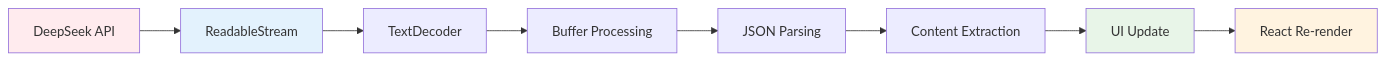
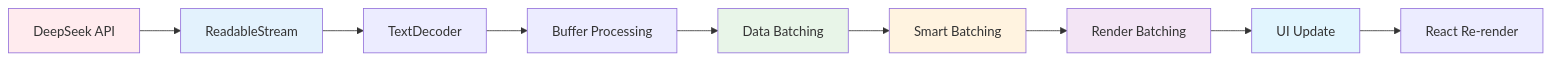
Before and after one commit to lichenxigk2002/blog-project: the fourth of 6 diagrams in blogFrontend/src/components/AIChat/AIChat事件循环深度解析.md, drawn with Mermaid. The commit also changed other lines of this file and 1 other file, not shown here.

````diff
--- a/blogFrontend/src/components/AIChat/AIChat事件循环深度解析.md
+++ b/blogFrontend/src/components/AIChat/AIChat事件循环深度解析.md
@@ -248,15 +287,18 @@
 ```mermaid
 graph LR
     A[DeepSeek API] --> B[ReadableStream]
     B --> C[TextDecoder]
     C --> D[Buffer Processing]
-    D --> E[JSON Parsing]
-    E --> F[Content Extraction]
-    F --> G[UI Update]
-    G --> H[React Re-render]
+    D --> E[Data Batching]
+    E --> F[Smart Batching]
+    F --> G[Render Batching]
+    G --> H[UI Update]
+    H --> I[React Re-render]
     
     style A fill:#ffebee
     style B fill:#e3f2fd
-    style G fill:#e8f5e8
-    style H fill:#fff3e0
+    style E fill:#e8f5e8
+    style F fill:#fff3e0
+    style G fill:#f3e5f5
+    style H fill:#e1f5fe
 ```
````
